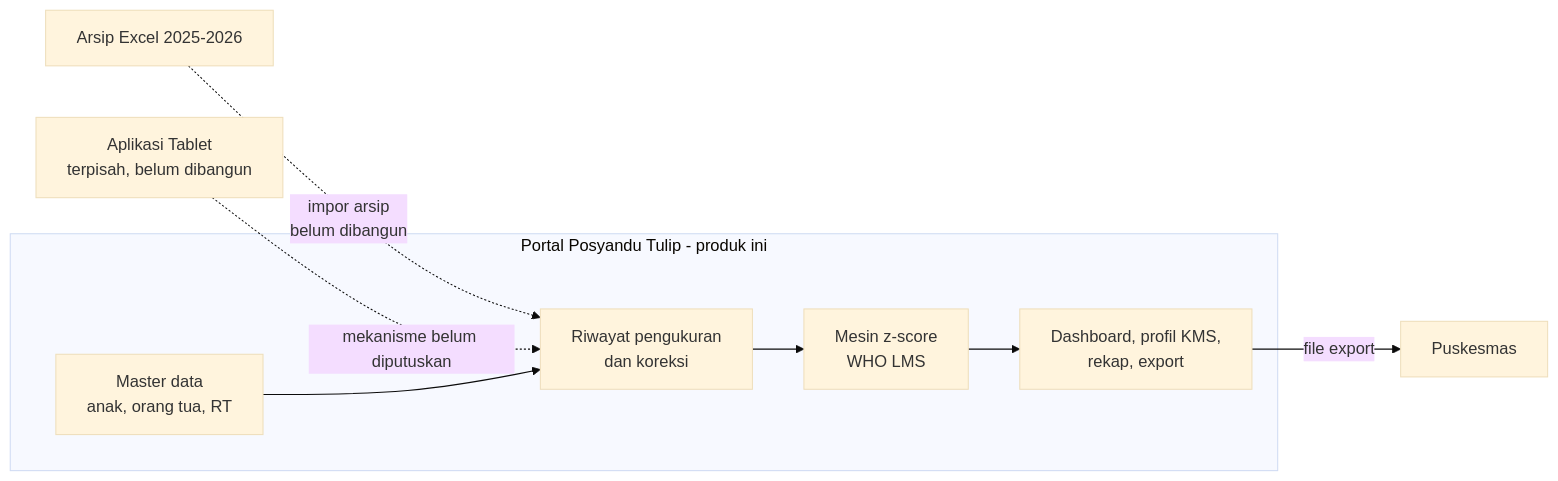
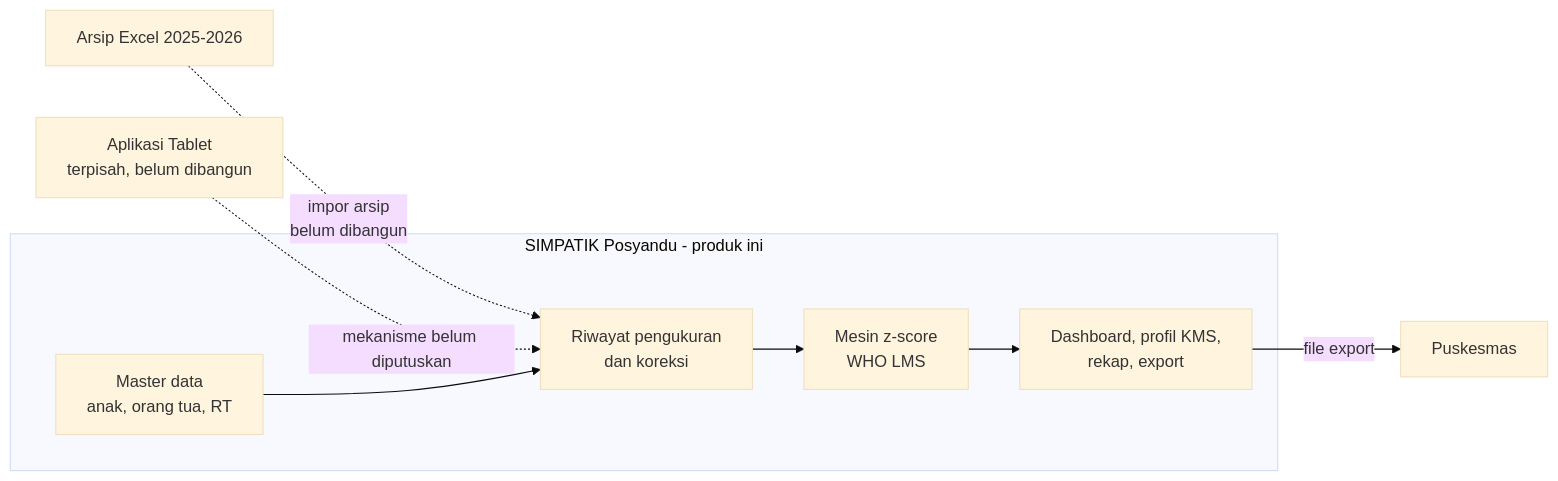
One commit to khairuonwork/kkn_posyandu_tulip changed the diagram in docs/ringkasan.md. Above: the diagram before and after it, drawn with Mermaid (base theme). The commit also changed other lines of this file and 115 other files, not shown here.

````diff
--- a/docs/ringkasan.md
+++ b/docs/ringkasan.md
@@ -50,21 +50,21 @@
 ```mermaid
 flowchart LR
     Excel["Arsip Excel 2025-2026"]
     Tablet["Aplikasi Tablet<br/>terpisah, belum dibangun"]
 
-    subgraph Portal["Portal Posyandu Tulip - produk ini"]
+    subgraph Portal["SIMPATIK Posyandu - produk ini"]
         Master["Master data<br/>anak, orang tua, RT"]
         Ukur["Riwayat pengukuran<br/>dan koreksi"]
         Gizi["Mesin z-score<br/>WHO LMS"]
         Lapor["Dashboard, profil KMS,<br/>rekap, export"]
     end
 
     Puskesmas["Puskesmas"]
 
     Excel -.->|"impor arsip<br/>belum dibangun"| Ukur
     Tablet -.->|"mekanisme belum diputuskan"| Ukur
     Master --> Ukur
     Ukur --> Gizi
     Gizi --> Lapor
     Lapor -->|"file export"| Puskesmas
 ```
````
